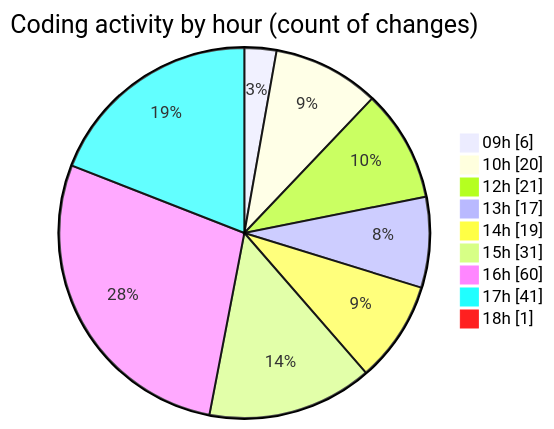
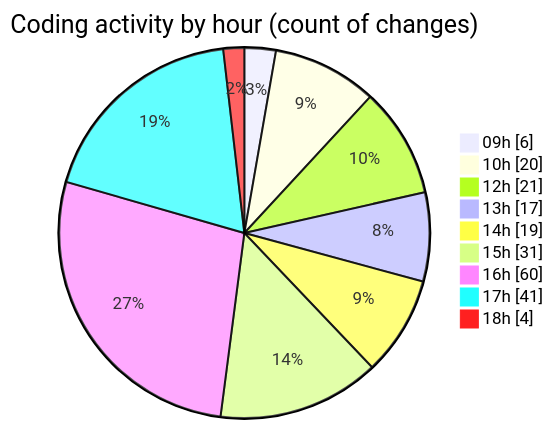
The second of 2 diagrams in 2026-02-18/bot_v1_2/README.md (becaeroporto-bot/code-tracking), drawn with Mermaid before and after one commit. The commit also changed other lines of this file and 1 other file, not shown here.

````diff
--- a/2026-02-18/bot_v1_2/README.md
+++ b/2026-02-18/bot_v1_2/README.md
@@ -57,13 +57,13 @@
 ```mermaid
 pie showData
 title Coding activity by hour (count of changes)
 "09h" : 6
 "10h" : 20
 "12h" : 21
 "13h" : 17
 "14h" : 19
 "15h" : 31
 "16h" : 60
 "17h" : 41
-"18h" : 1
+"18h" : 4
 ```
````
